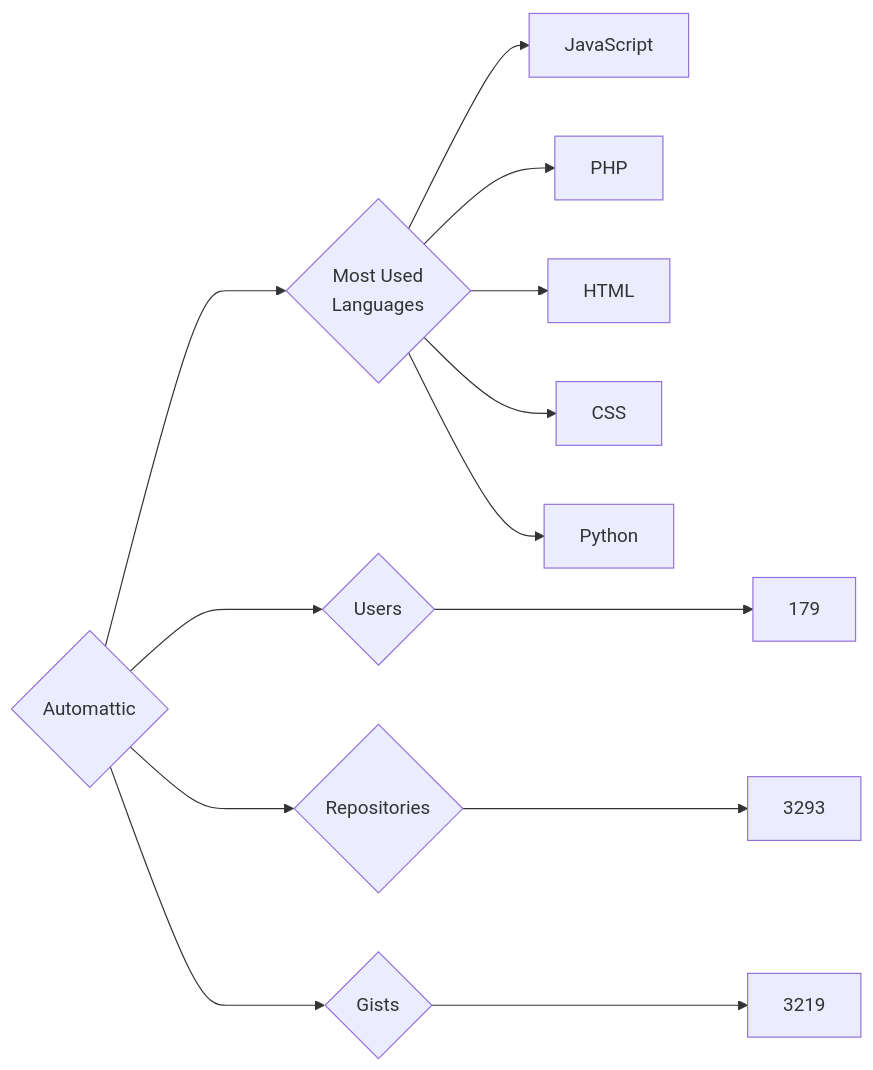
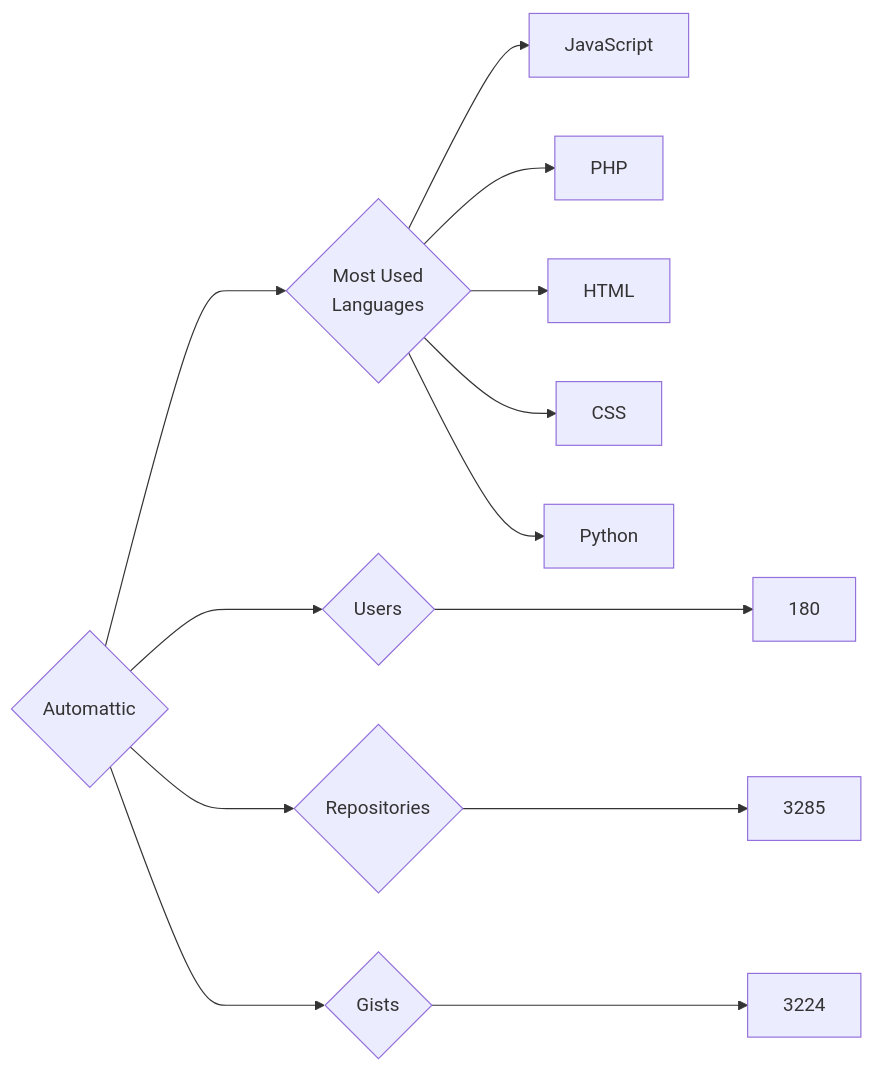
One commit to trickest/insiders changed the diagram in targets/Automattic/README.md. Above: the diagram before and after it, drawn with Mermaid. The commit also changed 1030 other files, not shown here.

````diff
--- a/targets/Automattic/README.md
+++ b/targets/Automattic/README.md
@@ -3,13 +3,13 @@
 ```mermaid
 graph LR
 COMPANY_NAME{Automattic}
-COMPANY_NAME ---> U{Users} ---> UN[179]
-COMPANY_NAME ---> R{Repositories} ---> RN[3293]
-COMPANY_NAME ---> G{Gists} ---> GN[3219]
+COMPANY_NAME ---> U{Users} ---> UN[180]
+COMPANY_NAME ---> R{Repositories} ---> RN[3285]
+COMPANY_NAME ---> G{Gists} ---> GN[3224]
 COMPANY_NAME ---> ML{Most Used<br>Languages}
 ML --> JavaScript[JavaScript]
 ML --> PHP[PHP]
 ML --> HTML[HTML]
 ML --> CSS[CSS]
 ML --> Python[Python]
 ```
````
